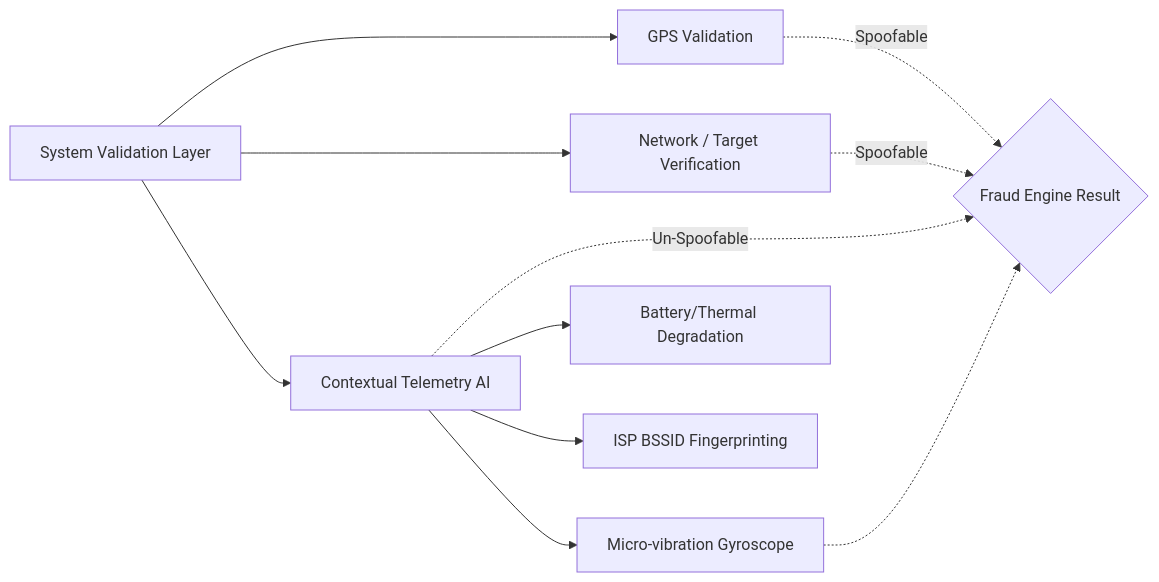
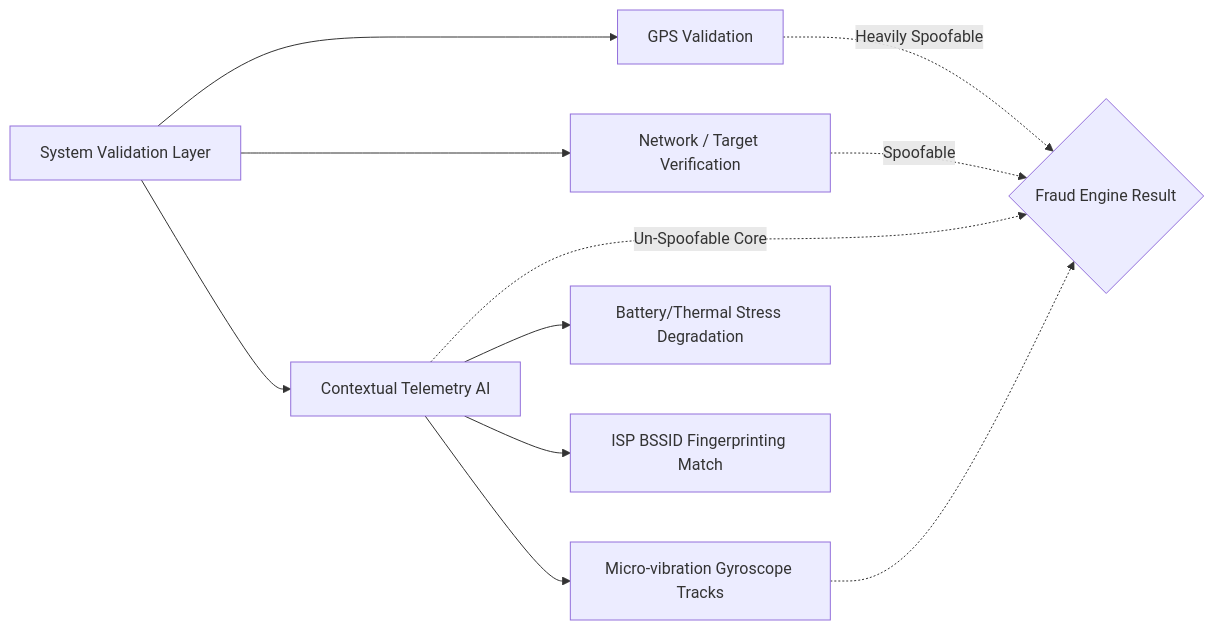
Before and after one commit to ANSUJKMEHER/GigShield-AI: the second of 2 diagrams in README.md, drawn with Mermaid. The commit also changed other lines of this file and 3 other files, not shown here.

````diff
--- a/README.md
+++ b/README.md
@@ -73,16 +99,16 @@
 ```mermaid
 flowchart LR
     S[System Validation Layer] --> G[GPS Validation]
     S --> B[Network / Target Verification]
     S --> T[Contextual Telemetry AI]
     
-    G -.->|Spoofable| R{Fraud Engine Result}
+    G -.->|Heavily Spoofable| R{Fraud Engine Result}
     B -.->|Spoofable| R
-    T -.->|Un-Spoofable| R
+    T -.->|Un-Spoofable Core| R
     
-    T --> T1[Micro-vibration Gyroscope]
-    T --> T2[Battery/Thermal Degradation]
-    T --> T3[ISP BSSID Fingerprinting]
+    T --> T1[Micro-vibration Gyroscope Tracks]
+    T --> T2[Battery/Thermal Stress Degradation]
+    T --> T3[ISP BSSID Fingerprinting Match]
     
     T1 -.-> R
 ```
````
